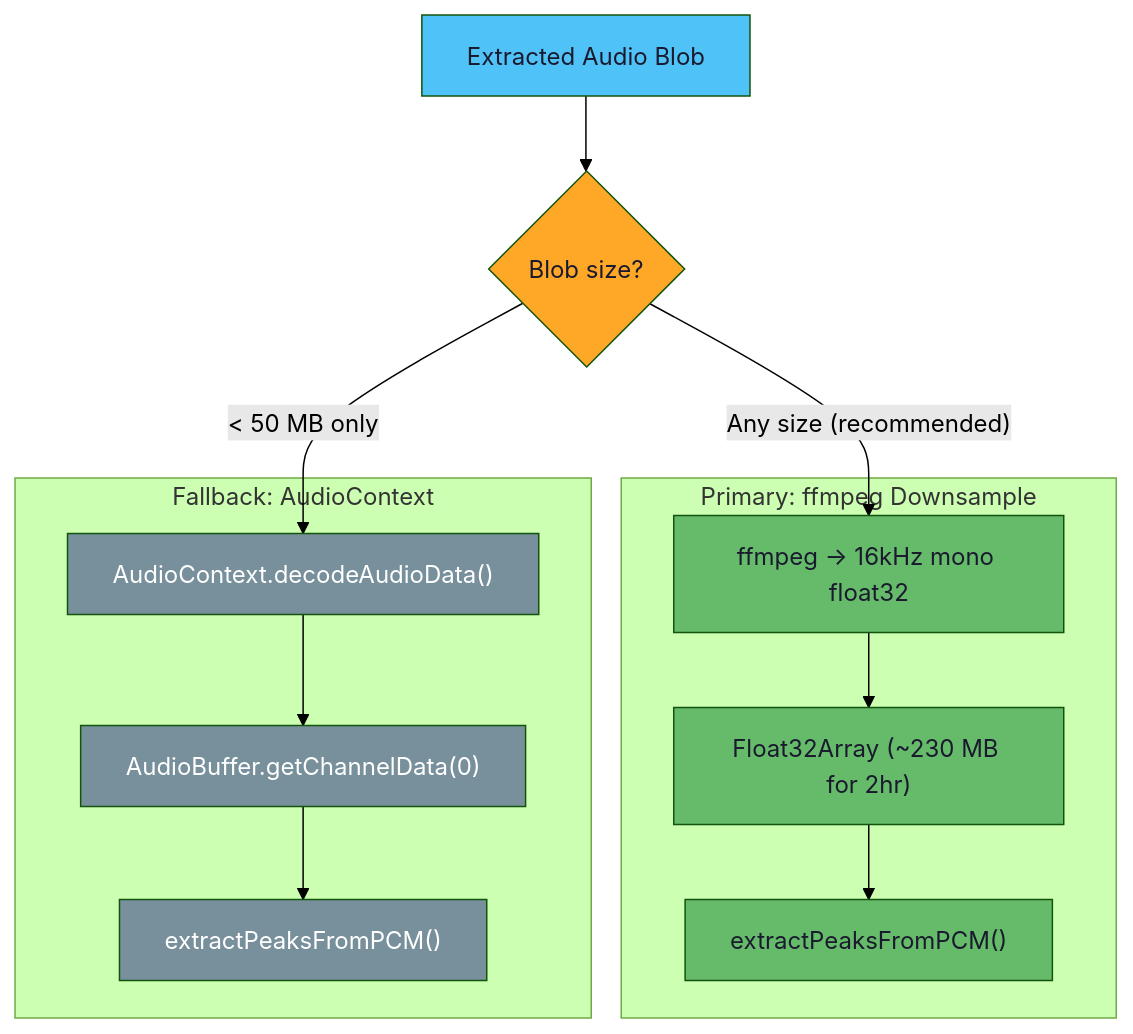
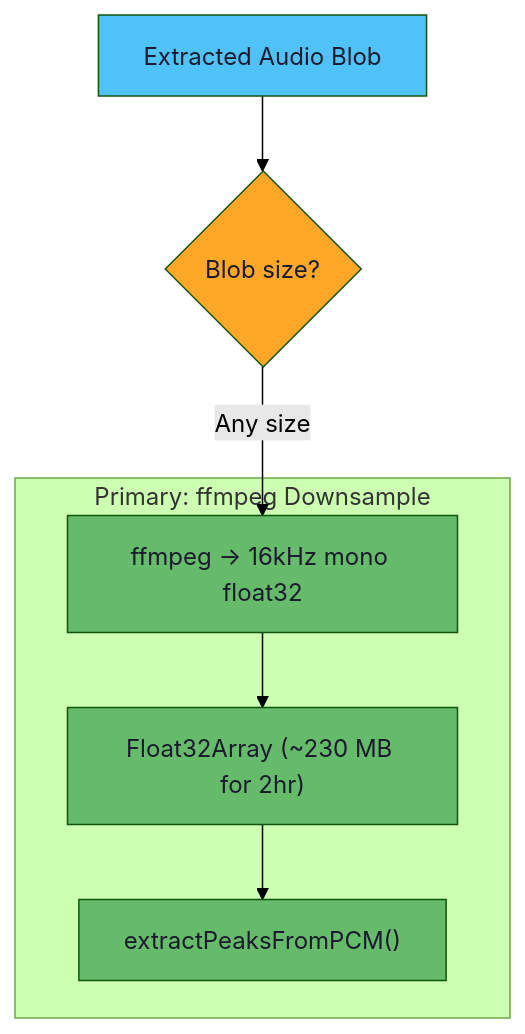
One commit to gjovanov/audio-waveform changed the second of 4 diagrams in docs/waveform.md. Above: the diagram before and after it, drawn with Mermaid (forest theme). The commit also changed other lines of this file and 5 other files, not shown here.

````diff
--- a/docs/waveform.md
+++ b/docs/waveform.md
@@ -32,30 +32,20 @@
 ```mermaid
 graph TD
     AUDIO["Extracted Audio Blob"]
     SIZE{"Blob size?"}
 
     subgraph Primary["Primary: ffmpeg Downsample"]
         DS["ffmpeg → 16kHz mono float32"]
         PCM["Float32Array (~230 MB for 2hr)"]
         PK1["extractPeaksFromPCM()"]
     end
 
-    subgraph Fallback["Fallback: AudioContext"]
-        DEC["AudioContext.decodeAudioData()"]
-        BUF["AudioBuffer.getChannelData(0)"]
-        PK2["extractPeaksFromPCM()"]
-    end
-
     AUDIO --> SIZE
-    SIZE -->|"Any size (recommended)"| DS --> PCM --> PK1
-    SIZE -->|"< 50 MB only"| DEC --> BUF --> PK2
+    SIZE -->|"Any size"| DS --> PCM --> PK1
 
     style AUDIO fill:#4fc3f7,color:#1a1a2e
     style SIZE fill:#ffa726,color:#1a1a2e
     style DS fill:#66bb6a,color:#1a1a2e
     style PCM fill:#66bb6a,color:#1a1a2e
     style PK1 fill:#66bb6a,color:#1a1a2e
-    style DEC fill:#78909c,color:#fff
-    style BUF fill:#78909c,color:#fff
-    style PK2 fill:#78909c,color:#fff
 ```
````
